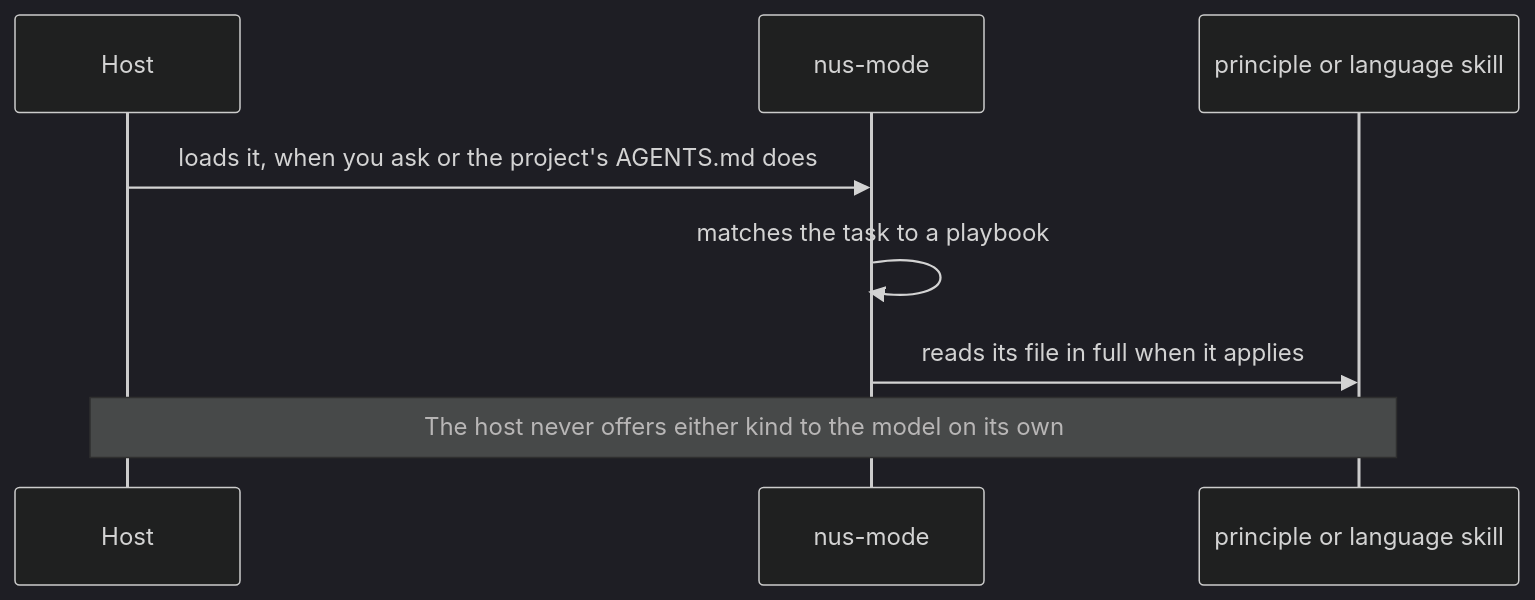
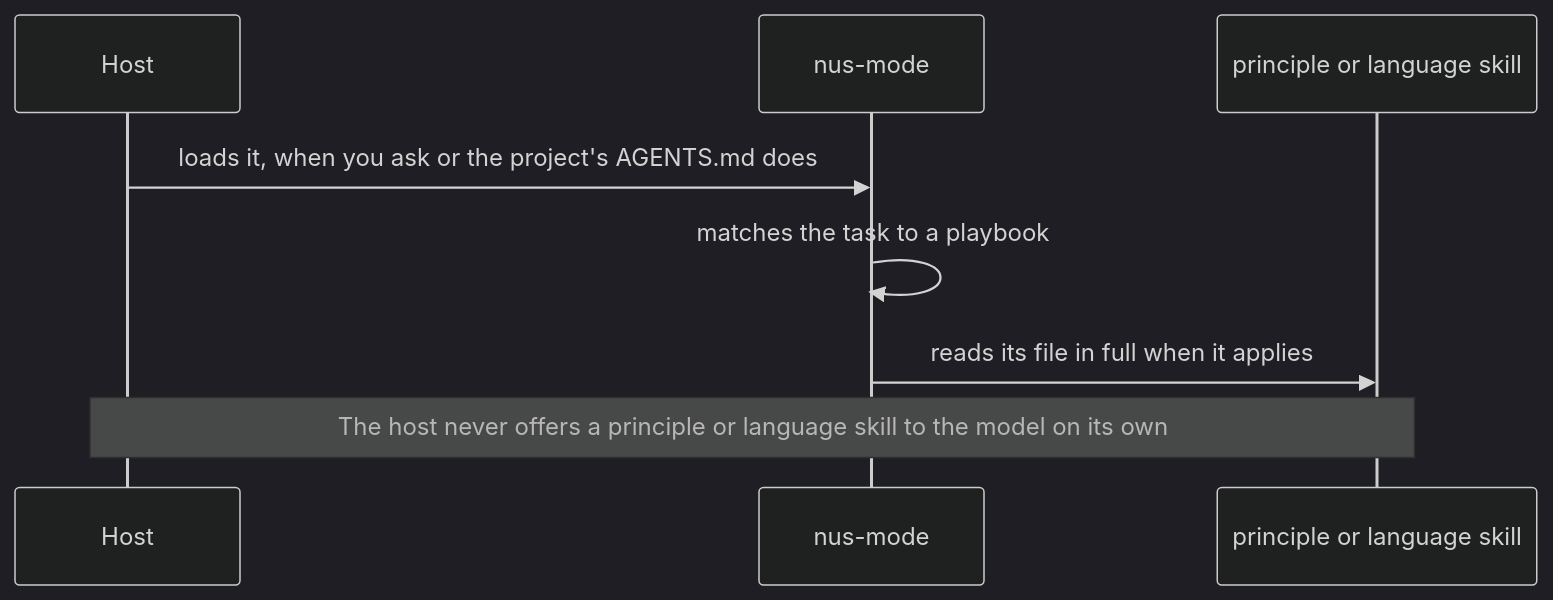
The second of 2 diagrams in README.md (Nusnus/nustack), drawn with Mermaid (dark theme) before and after one commit. The commit also changed other lines of this file and 92 other files, not shown here.

````diff
--- a/README.md
+++ b/README.md
@@ -101,10 +102,10 @@
 ```mermaid
 sequenceDiagram
   participant H as Host
   participant M as nus-mode
   participant P as principle or language skill
   H->>M: loads it, when you ask or the project's AGENTS.md does
   M->>M: matches the task to a playbook
   M->>P: reads its file in full when it applies
-  Note over H,P: The host never offers either kind to the model on its own
+  Note over H,P: The host never offers a principle or language skill to the model on its own
 ```
````
